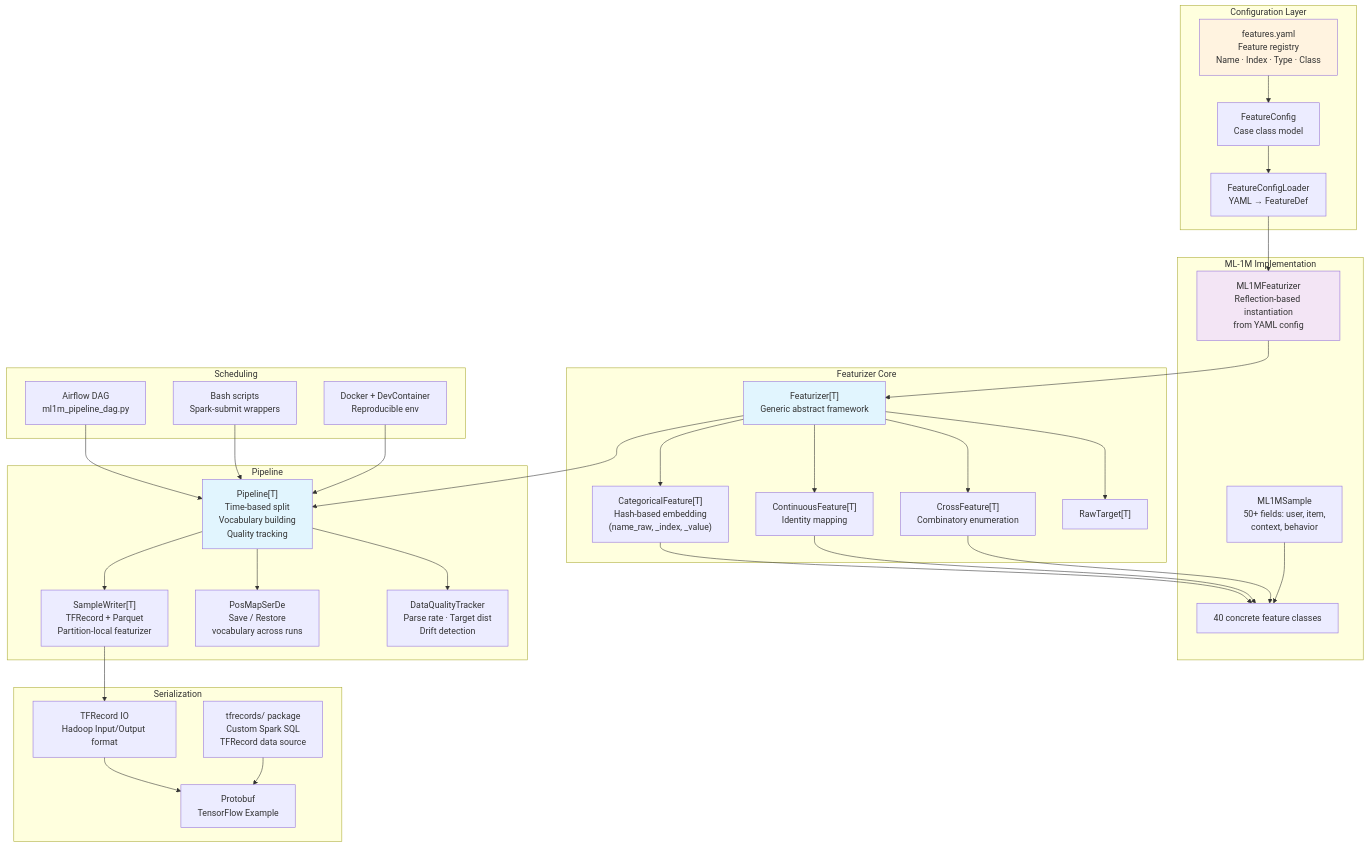
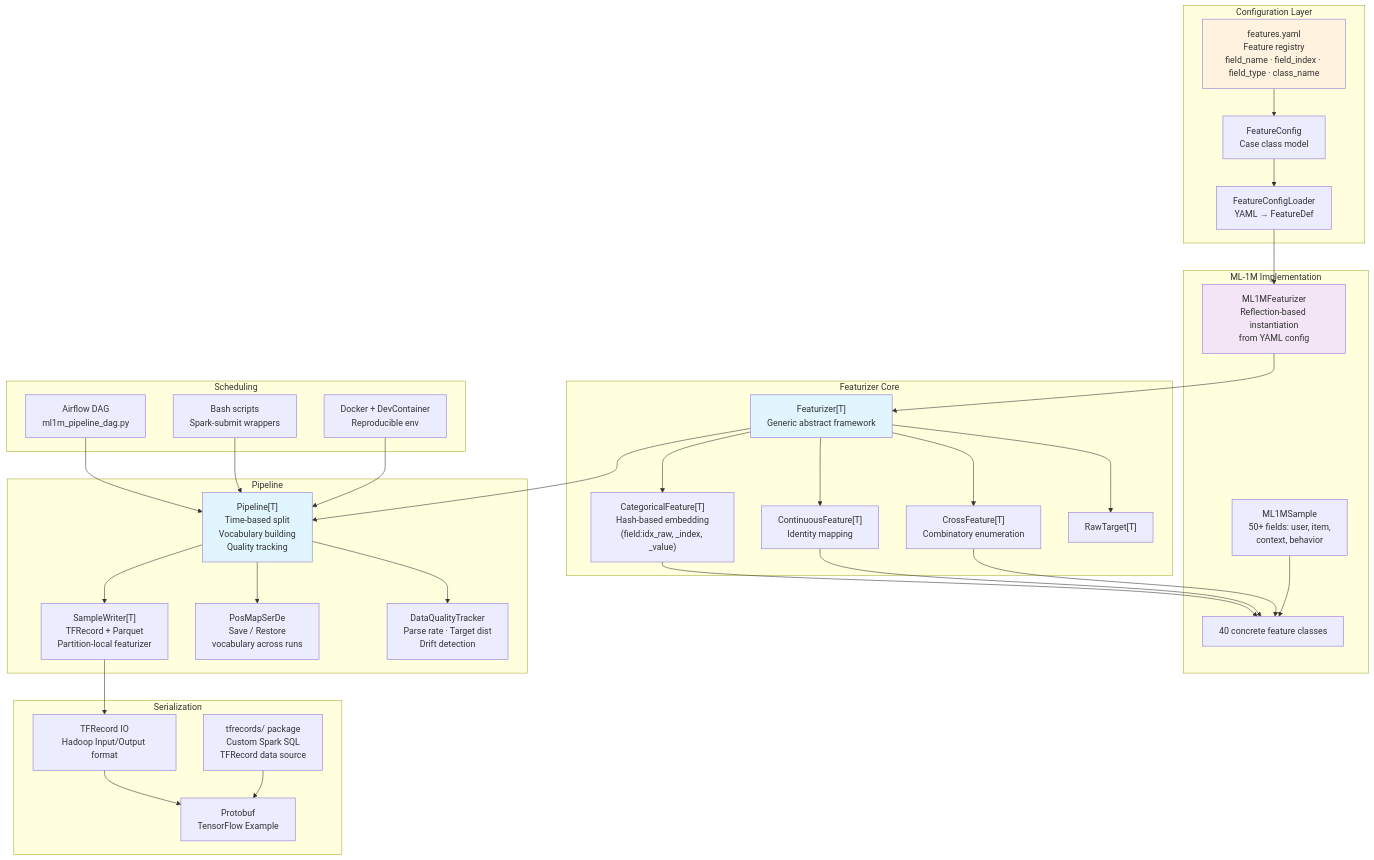
Before and after one commit to shardzhang/gerbil-data: the second of 2 diagrams in README.md, drawn with Mermaid. The commit also changed other lines of this file and 6 other files, not shown here.

Commit message:
refactor: support shared field_index in pos-map serialization, update README and YAML config

````diff
--- a/README.md
+++ b/README.md
@@ -144,58 +144,58 @@
 ```mermaid
 flowchart TD
     subgraph Config[Configuration Layer]
-        YAML[features.yaml<br/>Feature registry<br/>Name · Index · Type · Class]
+        YAML[features.yaml<br/>Feature registry<br/>field_name · field_index · field_type · class_name]
         FC[FeatureConfig<br/>Case class model]
         CL[FeatureConfigLoader<br/>YAML → FeatureDef]
     end
 
     subgraph Core[Featurizer Core]
         FE["Featurizer[T]<br/>Generic abstract framework"]
-        CF["CategoricalFeature[T]<br/>Hash-based embedding<br/>(name_raw, _index, _value)"]
+        CF["CategoricalFeature[T]<br/>Hash-based embedding<br/>(field:idx_raw, _index, _value)"]
         COF["ContinuousFeature[T]<br/>Identity mapping"]
         XF["CrossFeature[T]<br/>Combinatory enumeration"]
         RT["RawTarget[T]"]
     end
 
     subgraph ML1M[ML-1M Implementation]
         MF[ML1MFeaturizer<br/>Reflection-based instantiation<br/>from YAML config]
         MS[ML1MSample<br/>50+ fields: user, item,<br/>context, behavior]
         UF[40 concrete feature classes]
     end
 
     subgraph Pipe[Pipeline]
         PL["Pipeline[T]<br/>Time-based split<br/>Vocabulary building<br/>Quality tracking"]
         SW["SampleWriter[T]<br/>TFRecord + Parquet<br/>Partition-local featurizer"]
         PS[PosMapSerDe<br/>Save / Restore<br/>vocabulary across runs]
         QT[DataQualityTracker<br/>Parse rate · Target dist<br/>Drift detection]
     end
 
     subgraph Serde[Serialization]
         TR[tfrecords/ package<br/>Custom Spark SQL<br/>TFRecord data source]
         TF[TFRecord IO<br/>Hadoop Input/Output format]
         PB[Protobuf<br/>TensorFlow Example]
     end
 
     subgraph Sched[Scheduling]
         AD[Airflow DAG<br/>ml1m_pipeline_dag.py]
         SP[Bash scripts<br/>Spark-submit wrappers]
         DV[Docker + DevContainer<br/>Reproducible env]
     end
 
     YAML --> FC --> CL --> MF
     MF --> FE
     FE --> CF & COF & XF & RT
     CF & COF & XF --> UF
     MS --> UF
     FE --> PL
     PL --> SW & PS & QT
     SW --> TF
     TF --> PB
     TR --> PB
     AD & SP & DV --> PL
 
     style FE fill:#e1f5fe
     style PL fill:#e1f5fe
     style YAML fill:#fff3e0
     style MF fill:#f3e5f5
 ```
````
